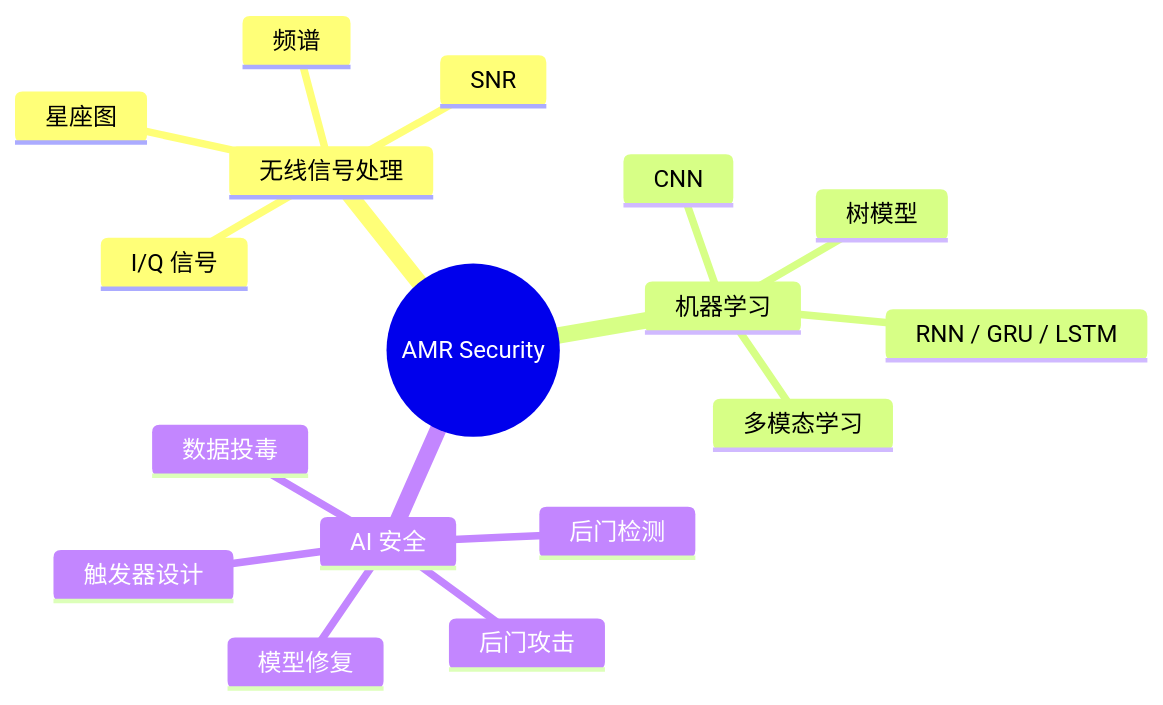
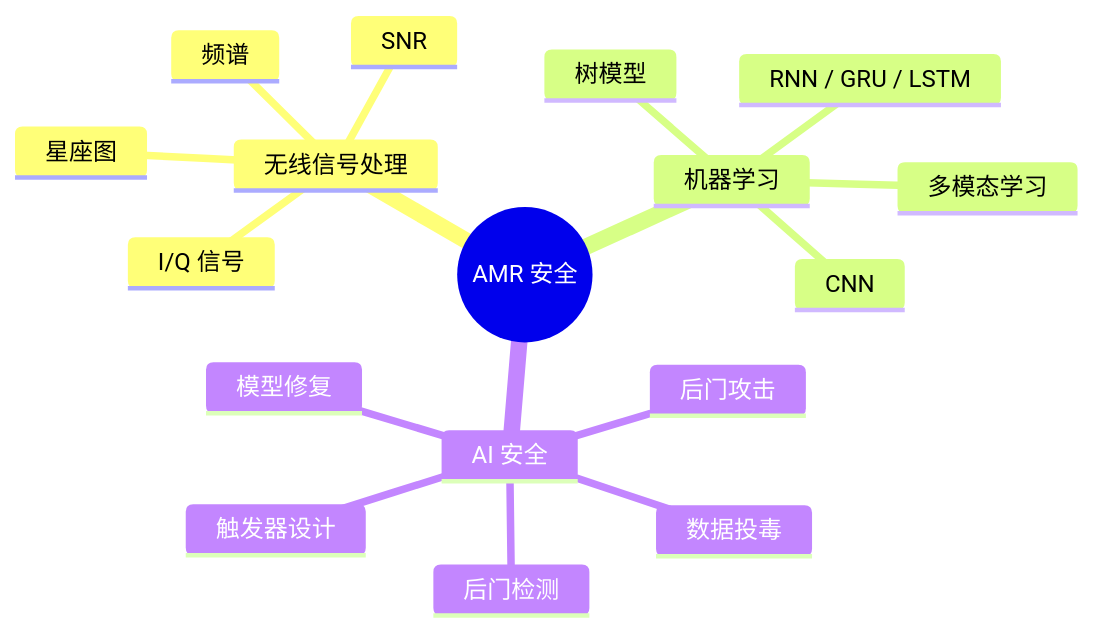
One commit to Xu0225/AMR_BACKDOOR changed the second of 2 diagrams in README.md. Above: the diagram before and after it, drawn with Mermaid. The commit also changed other lines of this file, not shown here.

```diff
--- a/README.md
+++ b/README.md
@@ -566,20 +501,20 @@
 ~~~mermaid
 mindmap
-  root((AMR Security))
+  root((AMR 安全))
     无线信号处理
       I/Q 信号
       SNR
       频谱
       星座图
     机器学习
       CNN
       RNN / GRU / LSTM
       树模型
       多模态学习
     AI 安全
       数据投毒
       后门攻击
       触发器设计
       后门检测
       模型修复
 ~~~
```
